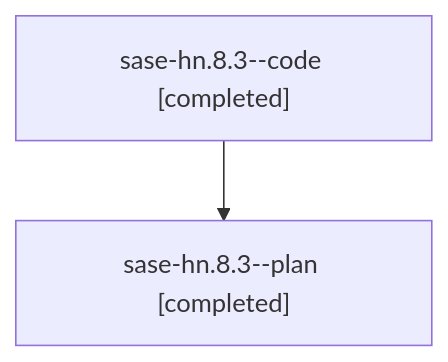
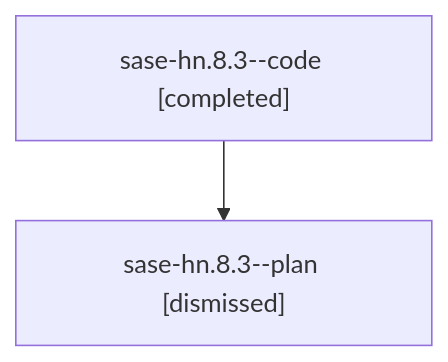
One commit to sase-org/sase--agents changed the diagram in families/bbugyi200.athena.sase-hn.8.3.md. Above: the diagram before and after it, drawn with Mermaid. The commit also changed other lines of this file and 2170 other files, not shown here.

````diff
--- a/families/bbugyi200.athena.sase-hn.8.3.md
+++ b/families/bbugyi200.athena.sase-hn.8.3.md
@@ -9,6 +9,6 @@
 ```mermaid
 flowchart TD
   n0["sase-hn.8.3--code [completed]"]
-  n1["sase-hn.8.3--plan [completed]"]
+  n1["sase-hn.8.3--plan [dismissed]"]
   n0 --> n1
 ```
````
